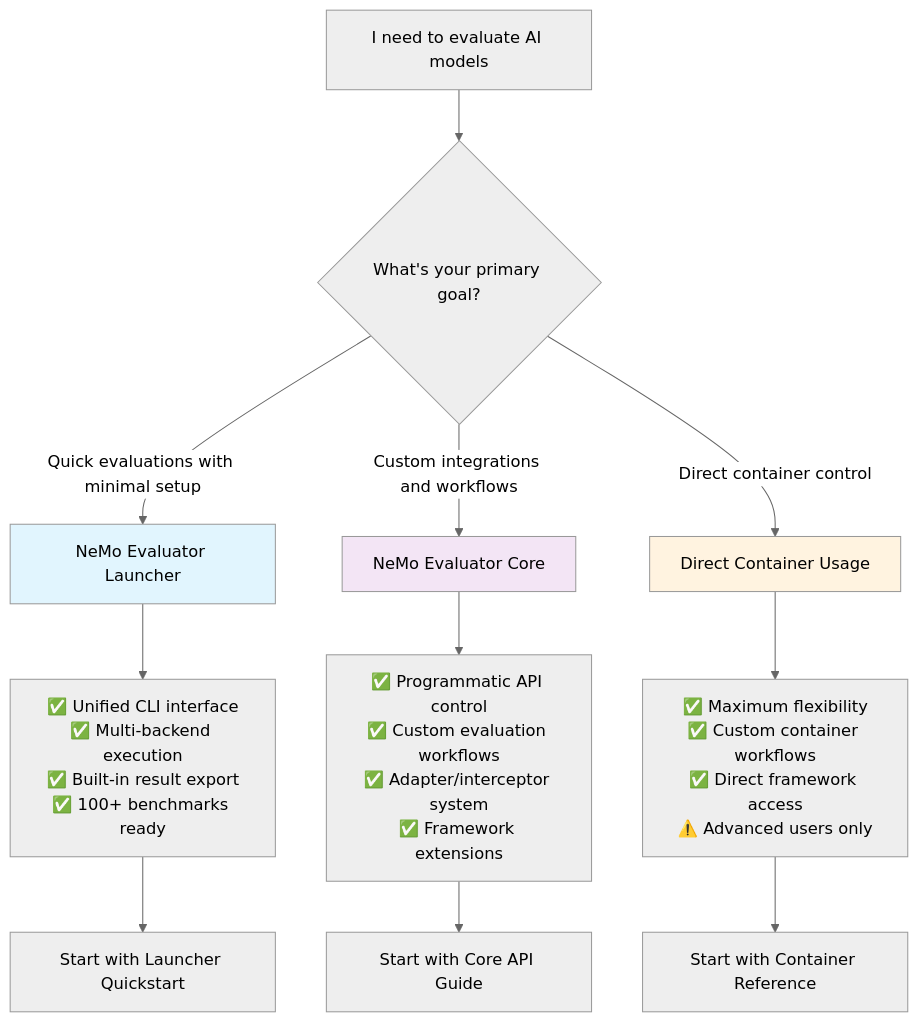
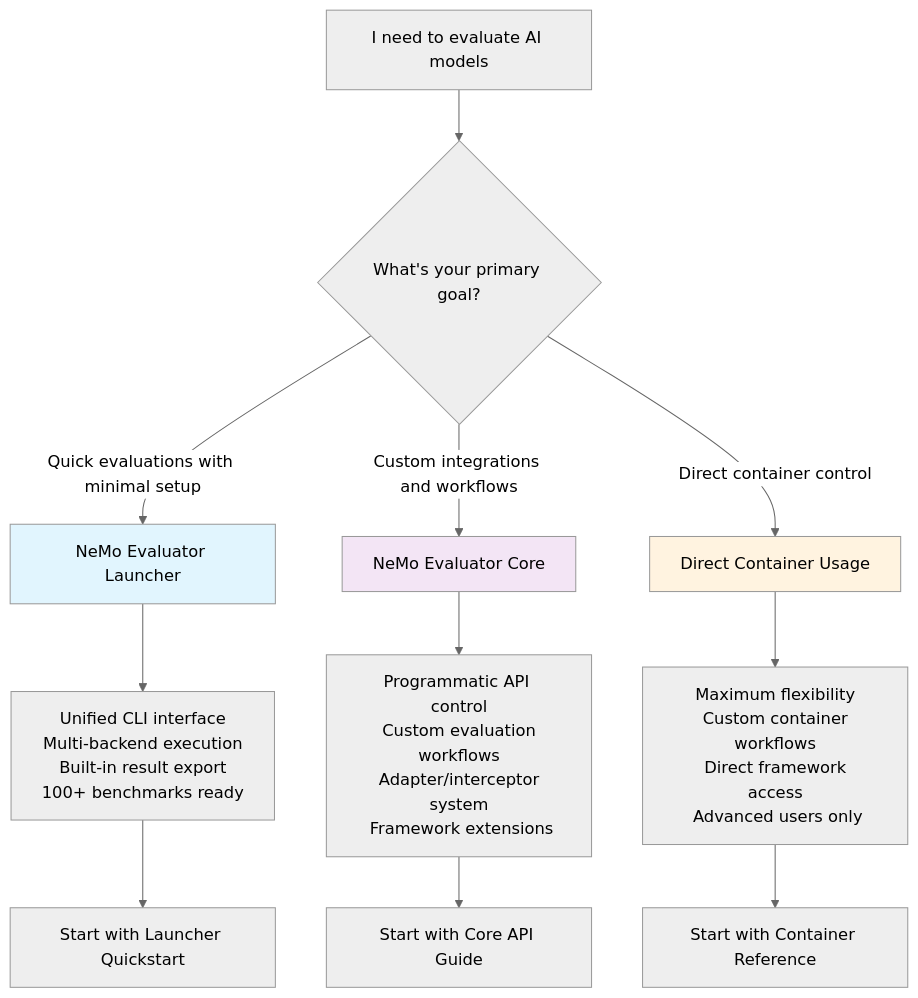
The diagram in docs/get-started/index.md (NVIDIA-NeMo/Evaluator), drawn with Mermaid (neutral theme) before and after one commit. The commit also changed 39 other files, not shown here.

````diff
--- a/docs/get-started/index.md
+++ b/docs/get-started/index.md
@@ -45,22 +45,22 @@
 ```{mermaid}
 flowchart TD
     A[I need to evaluate AI models] --> B{What's your primary goal?}
     
     B -->|Quick evaluations with minimal setup| C[NeMo Evaluator Launcher]
     B -->|Custom integrations and workflows| D[NeMo Evaluator Core]
     B -->|Direct container control| E[Direct Container Usage]
     
-    C --> C1[✅ Unified CLI interface<br/>✅ Multi-backend execution<br/>✅ Built-in result export<br/>✅ 100+ benchmarks ready]
+    C --> C1[ Unified CLI interface<br/> Multi-backend execution<br/> Built-in result export<br/> 100+ benchmarks ready]
     
-    D --> D1[✅ Programmatic API control<br/>✅ Custom evaluation workflows<br/>✅ Adapter/interceptor system<br/>✅ Framework extensions]
+    D --> D1[ Programmatic API control<br/> Custom evaluation workflows<br/> Adapter/interceptor system<br/> Framework extensions]
     
-    E --> E1[✅ Maximum flexibility<br/>✅ Custom container workflows<br/>✅ Direct framework access<br/>⚠️ Advanced users only]
+    E --> E1[ Maximum flexibility<br/> Custom container workflows<br/> Direct framework access<br/> Advanced users only]
     
     C1 --> F[Start with Launcher Quickstart]
     D1 --> G[Start with Core API Guide]
     E1 --> H[Start with Container Reference]
     
     style C fill:#e1f5fe
     style D fill:#f3e5f5
     style E fill:#fff3e0
 ```
````
